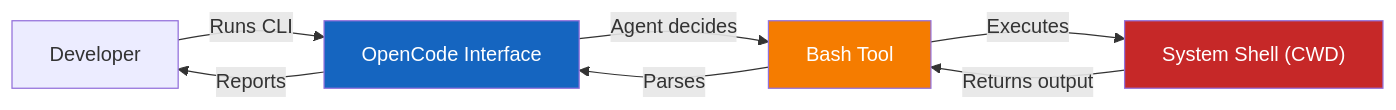
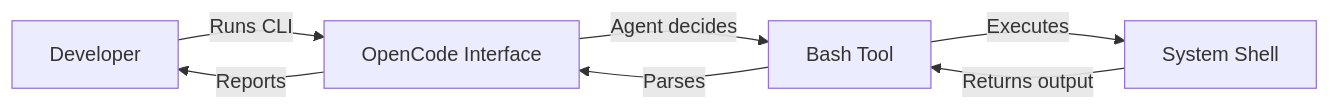
The diagram in 10-cli-and-terminal/README.md (VanGoghBuilder/opencode-harness-guide), drawn with Mermaid before and after one commit. The commit also changed other lines of this file and 19 other files, not shown here.

````diff
--- a/10-cli-and-terminal/README.md
+++ b/10-cli-and-terminal/README.md
@@ -33,13 +54,9 @@
 ```mermaid
 graph LR
     A["Developer"] -->|Runs CLI| B["OpenCode Interface"]
     B -->|Agent decides| C["Bash Tool"]
-    C -->|Executes| D["System Shell (CWD)"]
+    C -->|Executes| D["System Shell"]
     D -->|Returns output| C
     C -->|Parses| B
     B -->|Reports| A
-    
-    style B fill:#1565C0,color:#fff
-    style C fill:#F57C00,color:#fff
-    style D fill:#C62828,color:#fff
 ```
````
